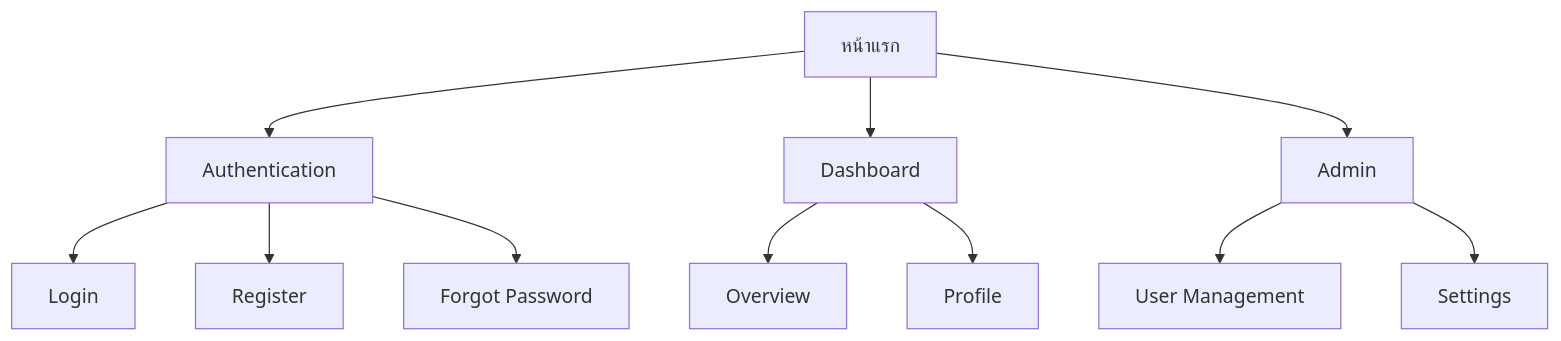
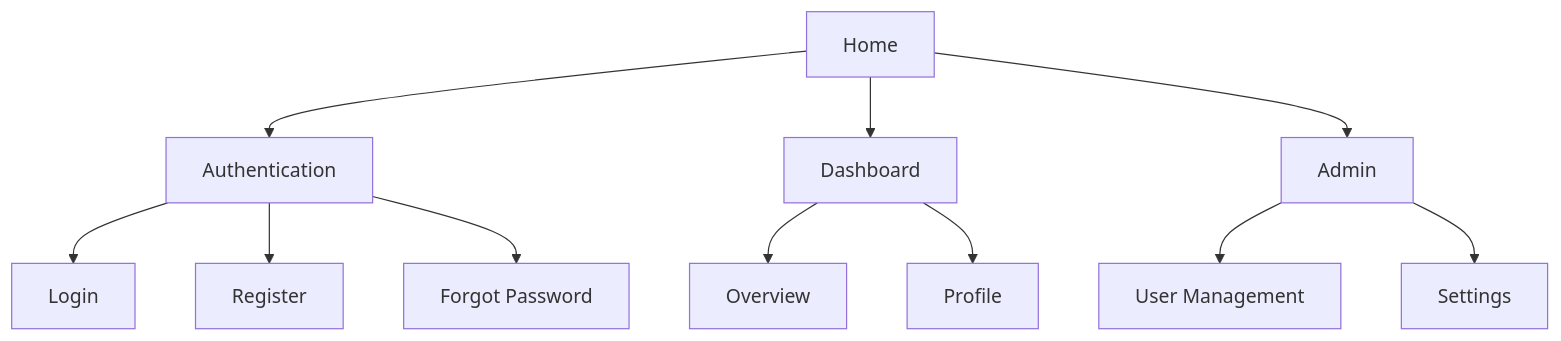
Before and after one commit to mounchons/AgentMarketPlace: the tenth of 13 diagrams in plugins/system-design-doc/commands/create-diagram.md, drawn with Mermaid. The commit also changed other lines of this file and 51 other files, not shown here.

````diff
--- a/plugins/system-design-doc/commands/create-diagram.md
+++ b/plugins/system-design-doc/commands/create-diagram.md
@@ -258,18 +258,18 @@
 ```mermaid
 flowchart TD
-    HOME[หน้าแรก]
+    HOME[Home]
 
     HOME --> AUTH[Authentication]
     HOME --> DASH[Dashboard]
     HOME --> ADMIN[Admin]
 
     AUTH --> LOGIN[Login]
     AUTH --> REGISTER[Register]
     AUTH --> FORGOT[Forgot Password]
 
     DASH --> OVERVIEW[Overview]
     DASH --> PROFILE[Profile]
 
     ADMIN --> USERS[User Management]
     ADMIN --> SETTINGS[Settings]
 ```
````
